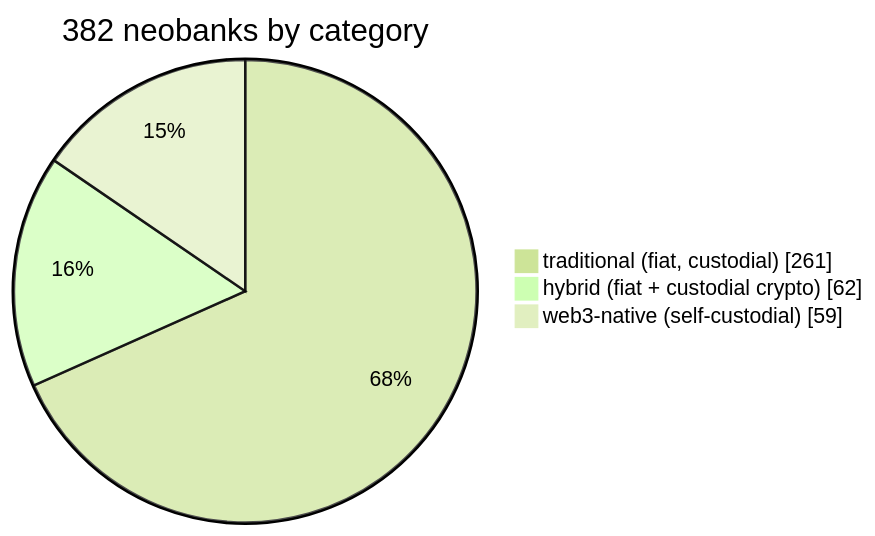
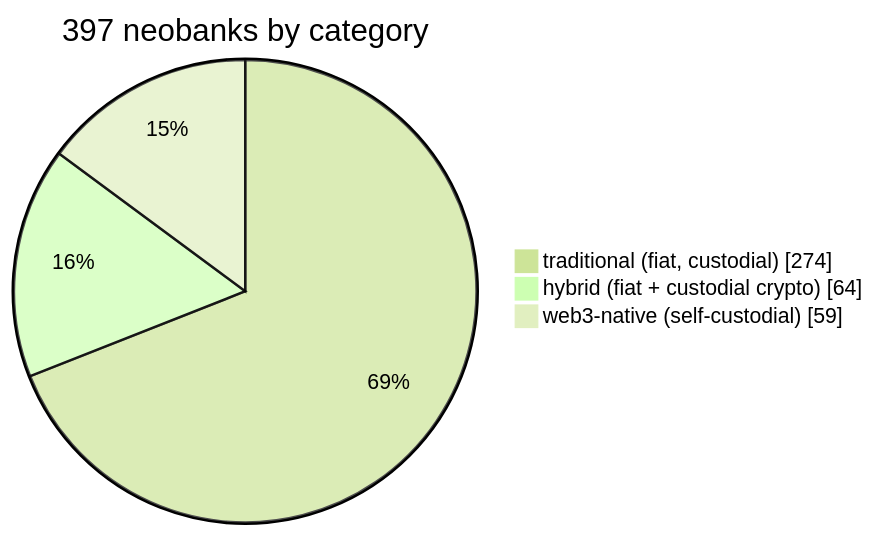
The first of 3 diagrams in README.md (andreolf/neobankbeat), drawn with Mermaid (forest theme) before and after one commit. The commit also changed other lines of this file and 1603 other files, not shown here.

````diff
--- a/README.md
+++ b/README.md
@@ -42,6 +42,6 @@
 ```mermaid
-pie showData title 382 neobanks by category
-    "traditional (fiat, custodial)" : 261
-    "hybrid (fiat + custodial crypto)" : 62
+pie showData title 397 neobanks by category
+    "traditional (fiat, custodial)" : 274
+    "hybrid (fiat + custodial crypto)" : 64
     "web3-native (self-custodial)" : 59
 ```
````
